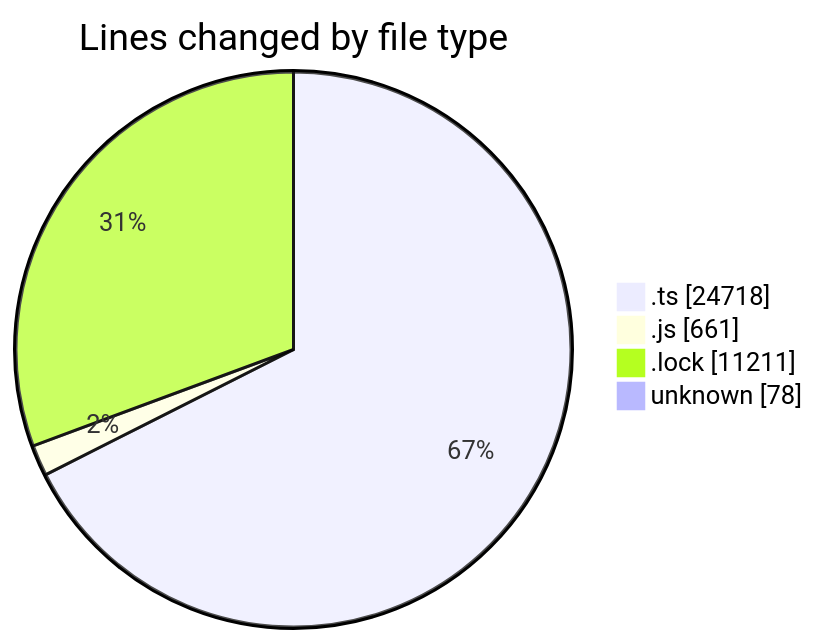
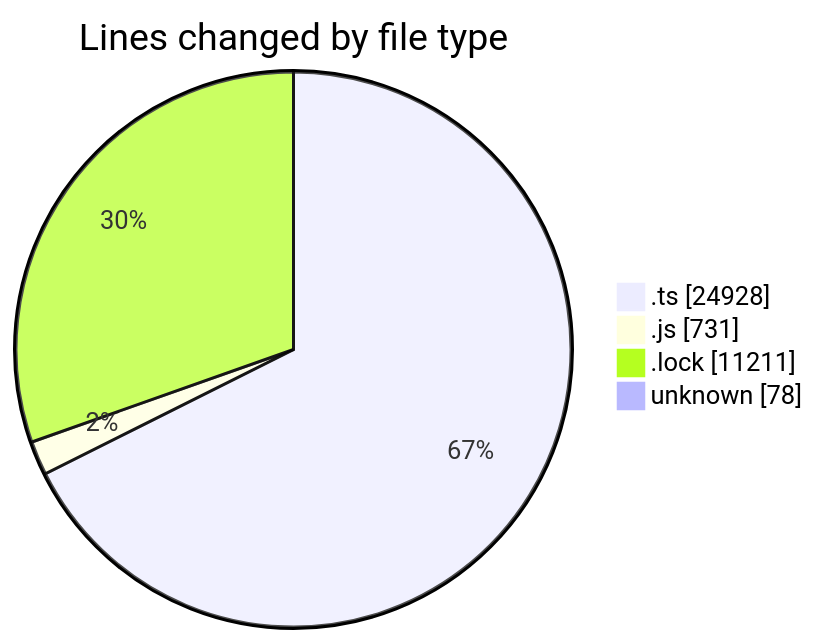
The first of 2 diagrams in 2025-05-20/cda/README.md (momahboobian/code-tracking), drawn with Mermaid before and after one commit. The commit also changed other lines of this file and 1 other file, not shown here.

````diff
--- a/2025-05-20/cda/README.md
+++ b/2025-05-20/cda/README.md
@@ -34,8 +35,8 @@
 ```mermaid
 pie showData
 title Lines changed by file type
-".ts" : 24718
-".js" : 661
+".ts" : 24928
+".js" : 731
 ".lock" : 11211
 "unknown" : 78
 ```
````
